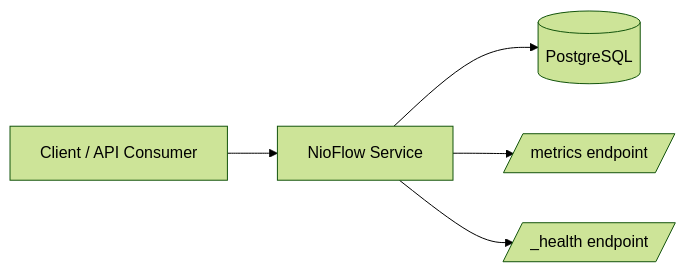
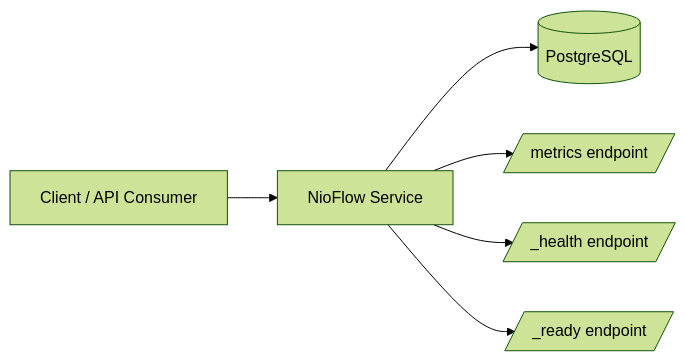
One commit to jhanvi857/coreHTTP changed the first of 2 diagrams in runbook.md. Above: the diagram before and after it, drawn with Mermaid (forest theme). The commit also changed other lines of this file and 1 other file, not shown here.

````diff
--- a/runbook.md
+++ b/runbook.md
@@ -11,7 +11,8 @@
 ```mermaid
 flowchart LR
       Client[Client / API Consumer] --> App[NioFlow Service]
       App --> DB[(PostgreSQL)]
       App --> Metrics[/metrics endpoint/]
       App --> Health[/_health endpoint/]
+      App --> Ready[/_ready endpoint/]
 ```
````
